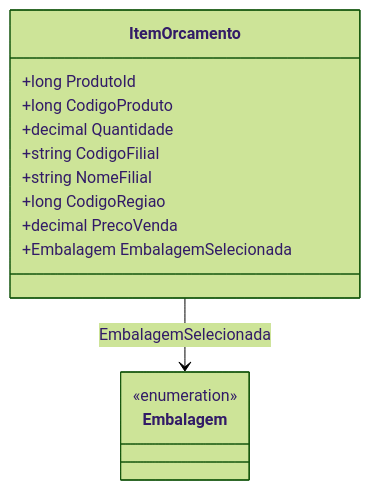
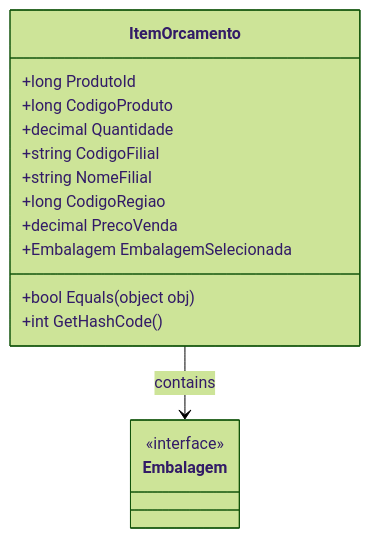
One commit to IsthmusSistemas/documentacao-tecnica changed the diagram in docs/b2b-dominio/IsthmusWinthor.Nucleo/IsthmusWinthor.Dominio/POCO/Orcamentos/ItemOrcamento.md. Above: the diagram before and after it, drawn with Mermaid (forest theme). The commit also changed other lines of this file and 882 other files, not shown here.

````diff
--- a/docs/b2b-dominio/IsthmusWinthor.Nucleo/IsthmusWinthor.Dominio/POCO/Orcamentos/ItemOrcamento.md
+++ b/docs/b2b-dominio/IsthmusWinthor.Nucleo/IsthmusWinthor.Dominio/POCO/Orcamentos/ItemOrcamento.md
@@ -34,17 +35,21 @@
 ```mermaid
 classDiagram
     class ItemOrcamento {
         +long ProdutoId
         +long CodigoProduto
         +decimal Quantidade
         +string CodigoFilial
         +string NomeFilial
         +long CodigoRegiao
         +decimal PrecoVenda
         +Embalagem EmbalagemSelecionada
+        +bool Equals(object obj)
+        +int GetHashCode()
     }
+    
     class Embalagem {
-        <<enumeration>>
+        <<interface>>
     }
-    ItemOrcamento --> Embalagem : EmbalagemSelecionada
-``` 
+
+    ItemOrcamento --> Embalagem : contains
+```
````
